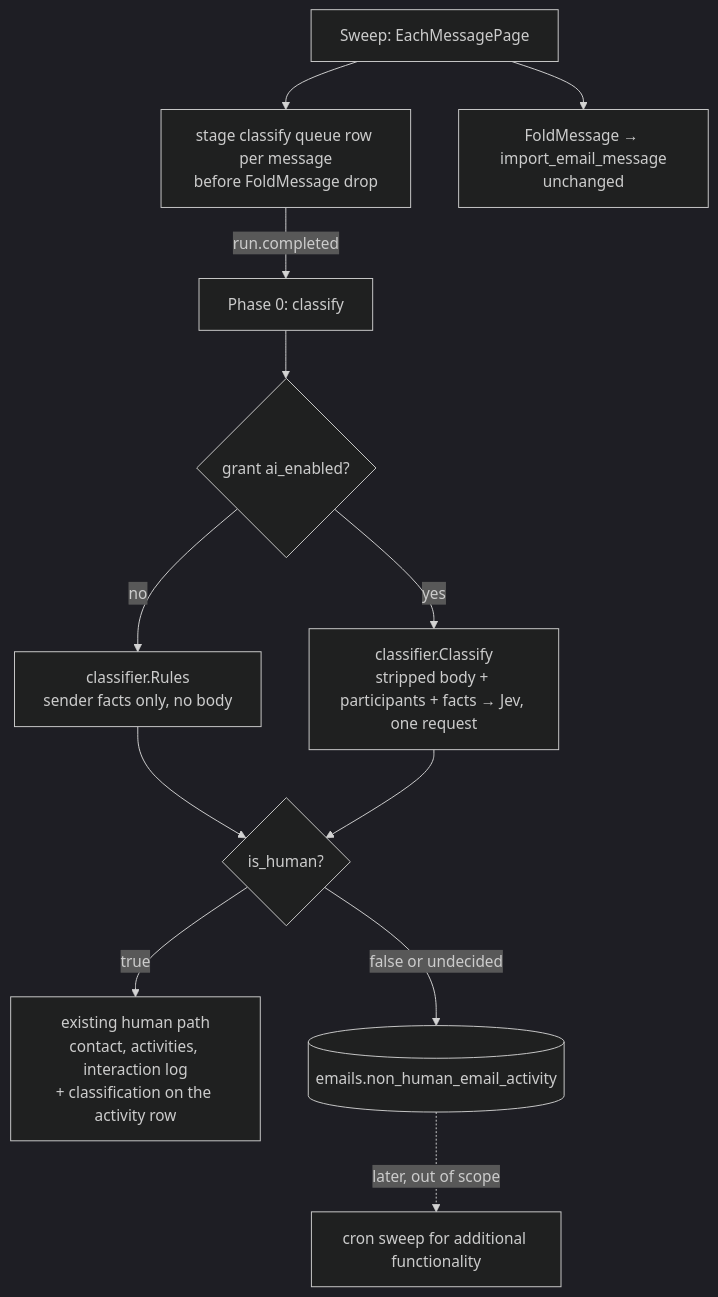
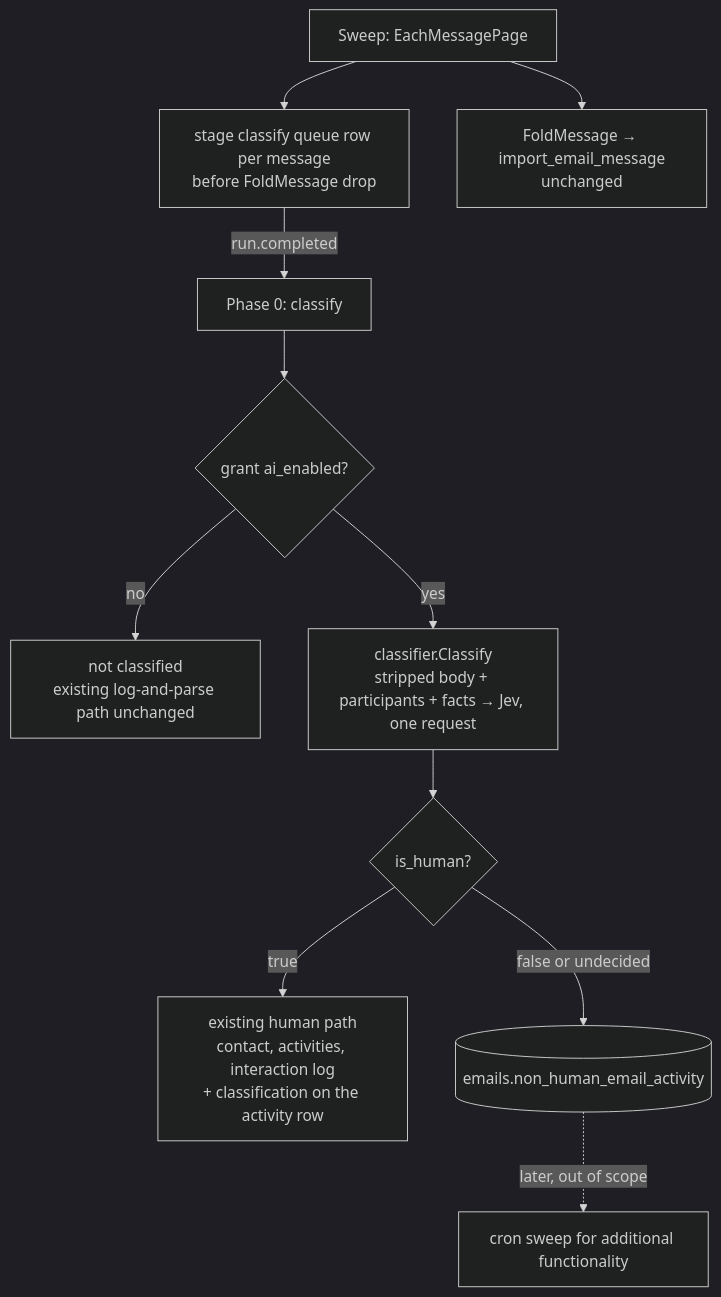
Before and after one commit to Orbiterio/docs: the diagram in guides/open-work/roadmap/email-classifier.mdx, drawn with Mermaid (dark theme). The commit also changed other lines of this file and 1 other file, not shown here.

Commit message:
docs: Email Classifier runs only on AI-enabled accounts

````diff
--- a/guides/open-work/roadmap/email-classifier.mdx
+++ b/guides/open-work/roadmap/email-classifier.mdx
@@ -718,14 +722,13 @@
 ```mermaid
 flowchart TD
   S[Sweep: EachMessagePage] --> Q[stage classify queue row per message<br/>before FoldMessage drop]
   S --> F[FoldMessage → import_email_message<br/>unchanged]
   Q -->|run.completed| P0[Phase 0: classify]
   P0 --> R{grant ai_enabled?}
-  R -->|no| RULES[classifier.Rules<br/>sender facts only, no body]
+  R -->|no| SKIP[not classified<br/>existing log-and-parse path unchanged]
   R -->|yes| JEV[classifier.Classify<br/>stripped body + participants + facts → Jev, one request]
-  RULES --> ROUTE{is_human?}
-  JEV --> ROUTE
+  JEV --> ROUTE{is_human?}
   ROUTE -->|true| H[existing human path<br/>contact, activities, interaction log<br/>+ classification on the activity row]
   ROUTE -->|false or undecided| NH[(emails.non_human_email_activity)]
   NH -. later, out of scope .-> CRON[cron sweep for additional functionality]
 ```
````
